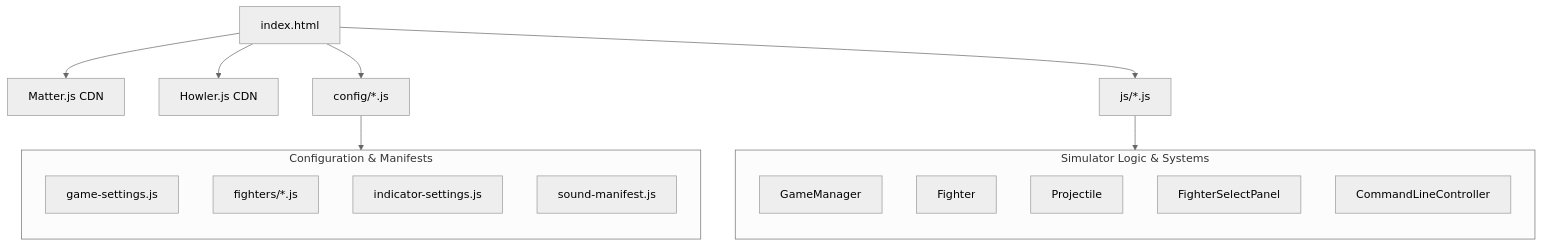
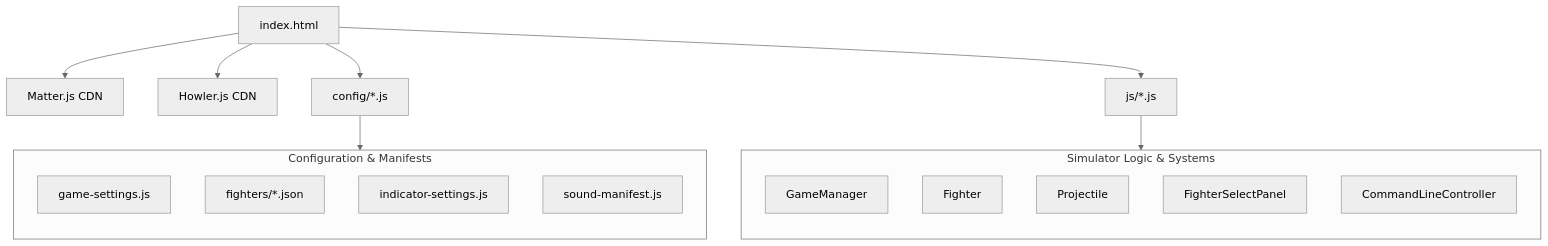
One commit to noxuszx/duels2d changed the diagram in docs/current-architecture.md. Above: the diagram before and after it, drawn with Mermaid (neutral theme). The commit also changed other lines of this file and 30 other files, not shown here.

````diff
--- a/docs/current-architecture.md
+++ b/docs/current-architecture.md
@@ -13,26 +13,26 @@
 ```mermaid
 graph TD
     index[index.html] --> Matter[Matter.js CDN]
     index --> Howler[Howler.js CDN]
     index --> Configs[config/*.js]
     index --> JS[js/*.js]
     
     subgraph config [Configuration & Manifests]
         direction TB
         game_cfg[game-settings.js]
-        char_cfg[fighters/*.js]
+        char_cfg[fighters/*.json]
         ind_cfg[indicator-settings.js]
         sounds_cfg[sound-manifest.js]
     end
     Configs --> config
     
     subgraph js [Simulator Logic & Systems]
         direction TB
         GM[GameManager]
         C[Fighter]
         P[Projectile]
         CS[FighterSelectPanel]
         CL[CommandLineController]
     end
     JS --> js
 ```
````
